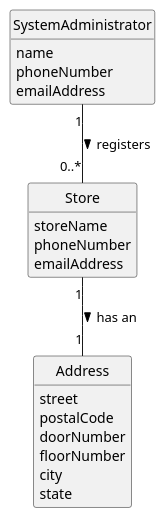
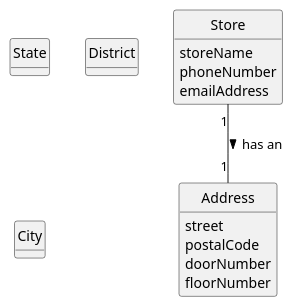
Before and after one commit to 1220812/LAPR2: the diagram in docs/sprintB/us005/02.analysis/puml/us005-domain-model.puml, drawn with PlantUML. The commit also changed other lines of this file and 12 other files, not shown here.

```diff
--- a/docs/sprintB/us005/02.analysis/puml/us005-domain-model.puml
+++ b/docs/sprintB/us005/02.analysis/puml/us005-domain-model.puml
@@ -1,37 +1,38 @@
 @startuml
 skinparam monochrome true
 skinparam packageStyle rectangle
 skinparam shadowing false
 
 'left to right direction
 
 skinparam classAttributeIconSize 0
 
 hide circle
 hide methods
 
 class Store {
     storeName
     phoneNumber
     emailAddress
 }
 
-class SystemAdministrator {
-    name
-    phoneNumber
-    emailAddress
-}
-
 class Address {
     street
     postalCode
     doorNumber
     floorNumber
-    city
-    state
 }
 
-SystemAdministrator "1" -- "0..*" Store : registers >
+class State {
+}
+
+class District {
+}
+
+class City {
+}
+
+
 Store "1" -- "1" Address : has an >
 
 @enduml
```
